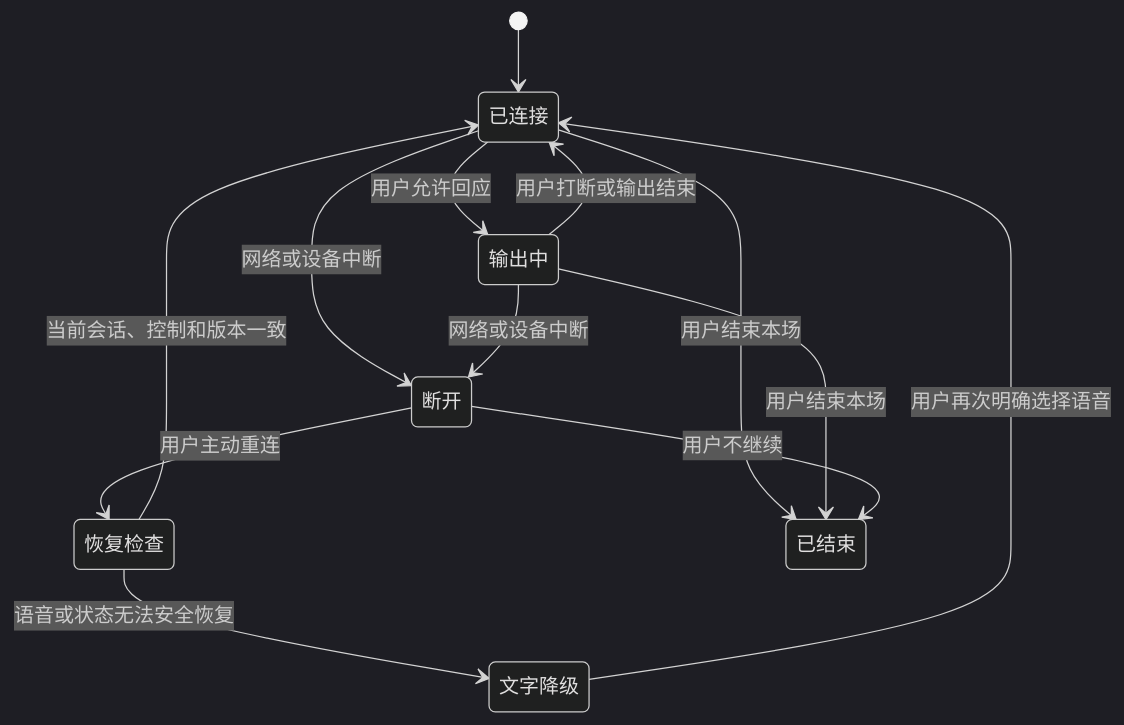
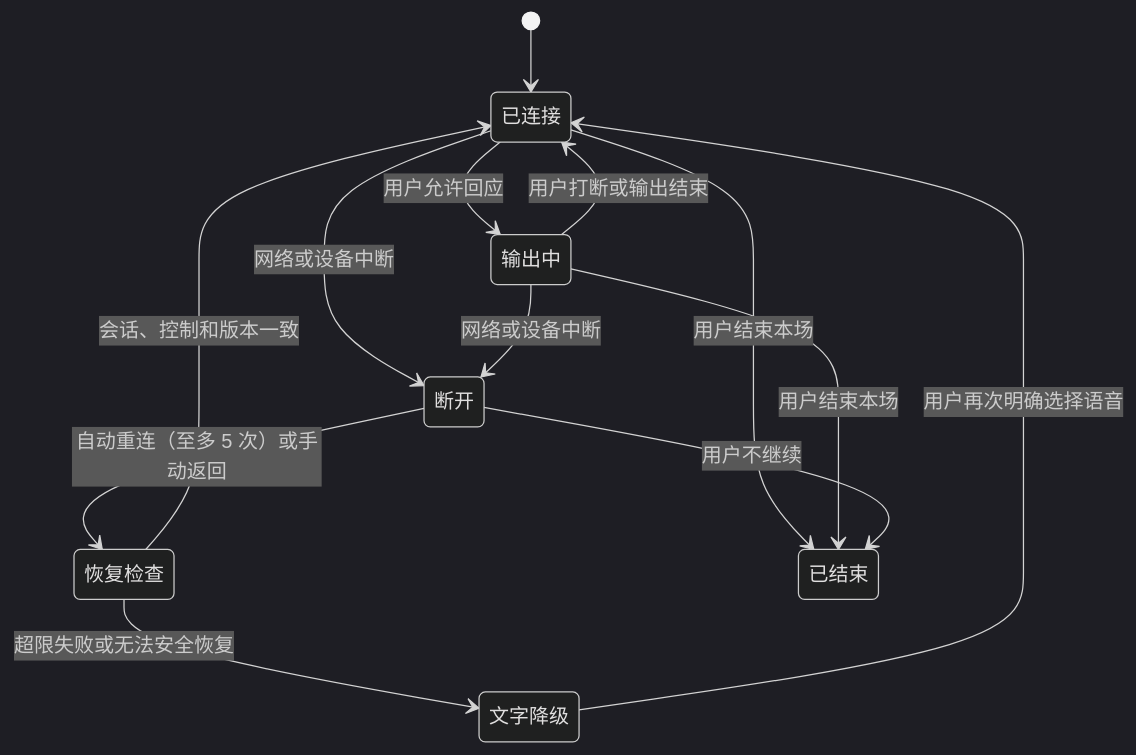
One commit to weiz98417-crypto/qiuqiu changed the third of 6 diagrams in docs/球球全套资料/4.产品设计/26-语音打断、重连与降级体验设计.md. Above: the diagram before and after it, drawn with Mermaid (dark theme). The commit also changed other lines of this file and 49 other files, not shown here.

````diff
--- a/docs/球球全套资料/4.产品设计/26-语音打断、重连与降级体验设计.md
+++ b/docs/球球全套资料/4.产品设计/26-语音打断、重连与降级体验设计.md
@@ -312,15 +219,15 @@
 ```mermaid
 stateDiagram-v2
     [*] --> 已连接
     已连接 --> 输出中: 用户允许回应
     输出中 --> 已连接: 用户打断或输出结束
     已连接 --> 断开: 网络或设备中断
     输出中 --> 断开: 网络或设备中断
-    断开 --> 恢复检查: 用户主动重连
-    恢复检查 --> 已连接: 当前会话、控制和版本一致
-    恢复检查 --> 文字降级: 语音或状态无法安全恢复
+    断开 --> 恢复检查: 自动重连（至多 5 次）或手动返回
+    恢复检查 --> 已连接: 会话、控制和版本一致
+    恢复检查 --> 文字降级: 超限失败或无法安全恢复
     文字降级 --> 已连接: 用户再次明确选择语音
     已连接 --> 已结束: 用户结束本场
     输出中 --> 已结束: 用户结束本场
     断开 --> 已结束: 用户不继续
 ```
````
